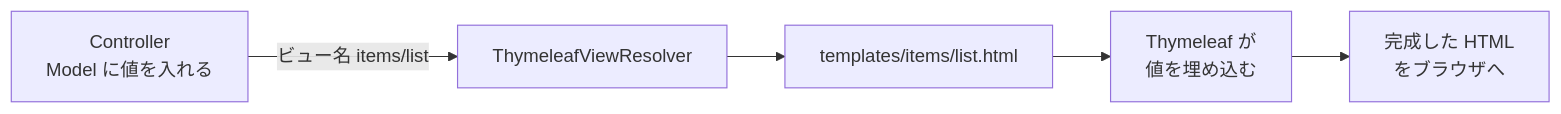
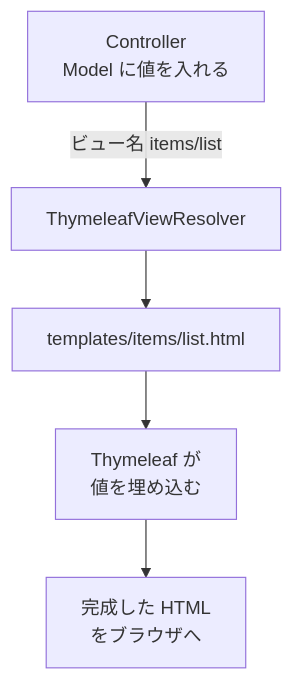
Before and after one commit to junyeol928-hash/Sayana: the diagram in content/03-spring/02-web/02-spring-thymeleaf/lesson.md, drawn with Mermaid.

Commit message:
教材(執筆途中): 下書きの途中保存
Claude-Session: https://claude.ai/code/session_01NQC7U9mNBvgLQ5QPg5x8c7

````diff
--- a/content/03-spring/02-web/02-spring-thymeleaf/lesson.md
+++ b/content/03-spring/02-web/02-spring-thymeleaf/lesson.md
@@ -15,9 +15,9 @@
 ```mermaid
-flowchart LR
+flowchart TD
     C["Controller<br>Model に値を入れる"]
     R["ThymeleafViewResolver"]
     C -->|"ビュー名 items/list"| R
     R --> T["templates/items/list.html"]
     T --> E["Thymeleaf が<br>値を埋め込む"]
     E --> H["完成した HTML<br>をブラウザへ"]
 ```
````
